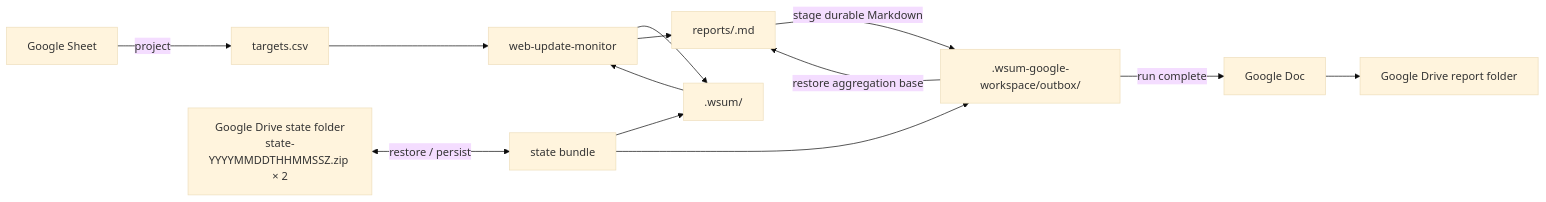
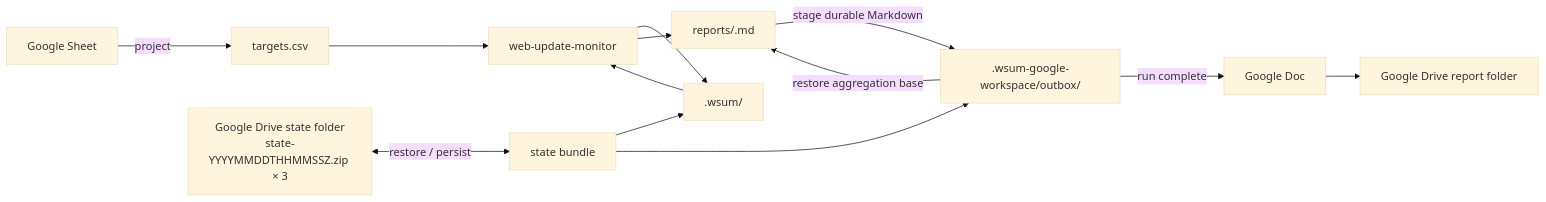
One commit to dceoy/wsum changed the diagram in skills/web-update-monitor-gws/SKILL.md. Above: the diagram before and after it, drawn with Mermaid (base theme). The commit also changed other lines of this file, not shown here.

````diff
--- a/skills/web-update-monitor-gws/SKILL.md
+++ b/skills/web-update-monitor-gws/SKILL.md
@@ -16,15 +16,15 @@
 ```mermaid
 flowchart LR
     GS["Google Sheet"] -->|project| CSV["targets.csv"]
-    DS["Google Drive state folder<br/>state-YYYYMMDDTHHMMSSZ.zip × 2"] <-->|restore / persist| BUNDLE["state bundle"]
+    DS["Google Drive state folder<br/>state-YYYYMMDDTHHMMSSZ.zip × 3"] <-->|restore / persist| BUNDLE["state bundle"]
     BUNDLE --> STATE[".wsum/"]
     BUNDLE --> OUT[".wsum-google-workspace/outbox/"]
     CSV --> CORE["web-update-monitor"]
     STATE --> CORE
     CORE --> STATE
     CORE --> REPORT["reports/<run-id>.md"]
     OUT -->|restore aggregation base| REPORT
     REPORT -->|stage durable Markdown| OUT
     OUT -->|run complete| GDOC["Google Doc"]
     GDOC --> DR["Google Drive report folder"]
 ```
````
